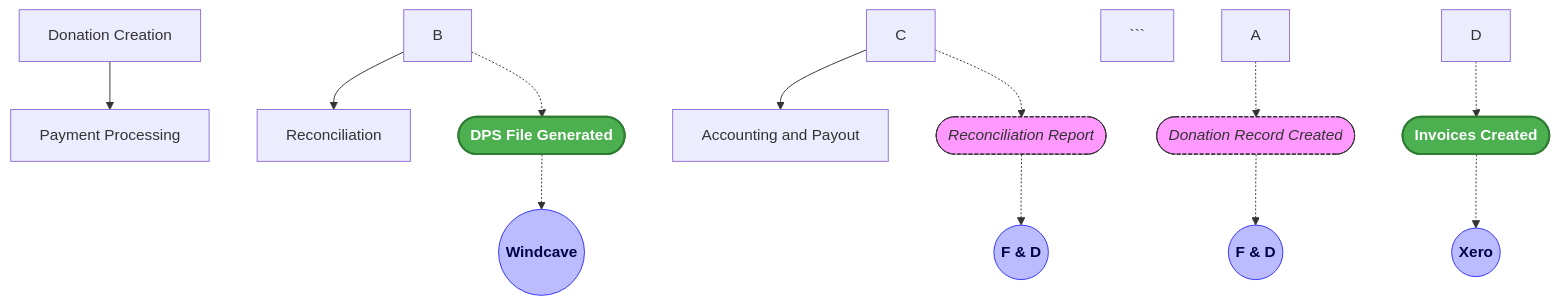
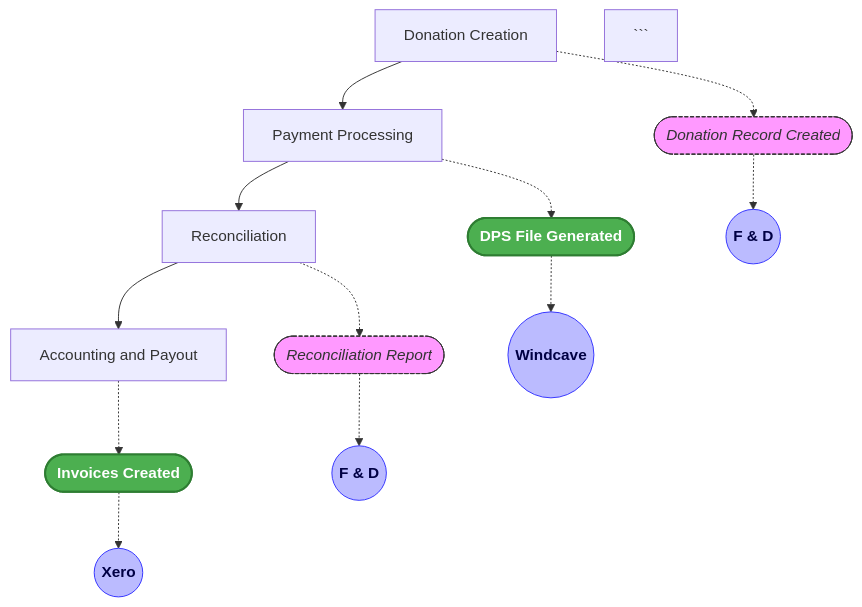
The second of 2 diagrams in _posts/2025-08-05-thinking-in-ddd-applying-ubiquitous-language-to-real-world-financial-workflows.md (oninebx/blog), drawn with Mermaid before and after one commit. The commit also changed other lines of this file, not shown here.

````diff
--- a/_posts/2025-08-05-thinking-in-ddd-applying-ubiquitous-language-to-real-world-financial-workflows.md
+++ b/_posts/2025-08-05-thinking-in-ddd-applying-ubiquitous-language-to-real-world-financial-workflows.md
@@ -47,37 +47,37 @@
 <div class="mermaid">
 flowchart TD
-A\[Donation Creation] --> B\[Payment Processing]
-    B --> C\[Reconciliation]
-    C --> D\[Accounting and Payout]
+A[Donation Creation] --> B[Payment Processing]
+    B --> C[Reconciliation]
+    C --> D[Accounting and Payout]
 
 ```
 A_remark([Donation Record Created])
 B_remark([DPS File Generated])
 C_remark([Reconciliation Report])
 D_remark([Invoices Created])
 
 A_sys((F & D))
 B_sys((Windcave))
 C_sys((F & D))
 D_sys((Xero))
 
 A -.-> A_remark
 B -.-> B_remark
 C -.-> C_remark
 D -.-> D_remark
 
 A_remark -.-> A_sys
 B_remark -.-> B_sys
 C_remark -.-> C_sys
 D_remark -.-> D_sys
 
 classDef remarkNode fill:#f9f,stroke:#333,stroke-dasharray: 4 2,color:#333,font-style:italic;
 classDef systemNode fill:#bbf,stroke:#33f,color:#004,font-weight:bold;
 classDef docButton fill:#4CAF50,stroke:#2E7D32,color:#fff,font-weight:bold,stroke-width:2,rx:8,ry:8,cursor:pointer;
 
 class A_remark,C_remark remarkNode;
 class B_remark,D_remark docButton;
 class A_sys,B_sys,C_sys,D_sys systemNode;
 ```
 
 </div>
````
